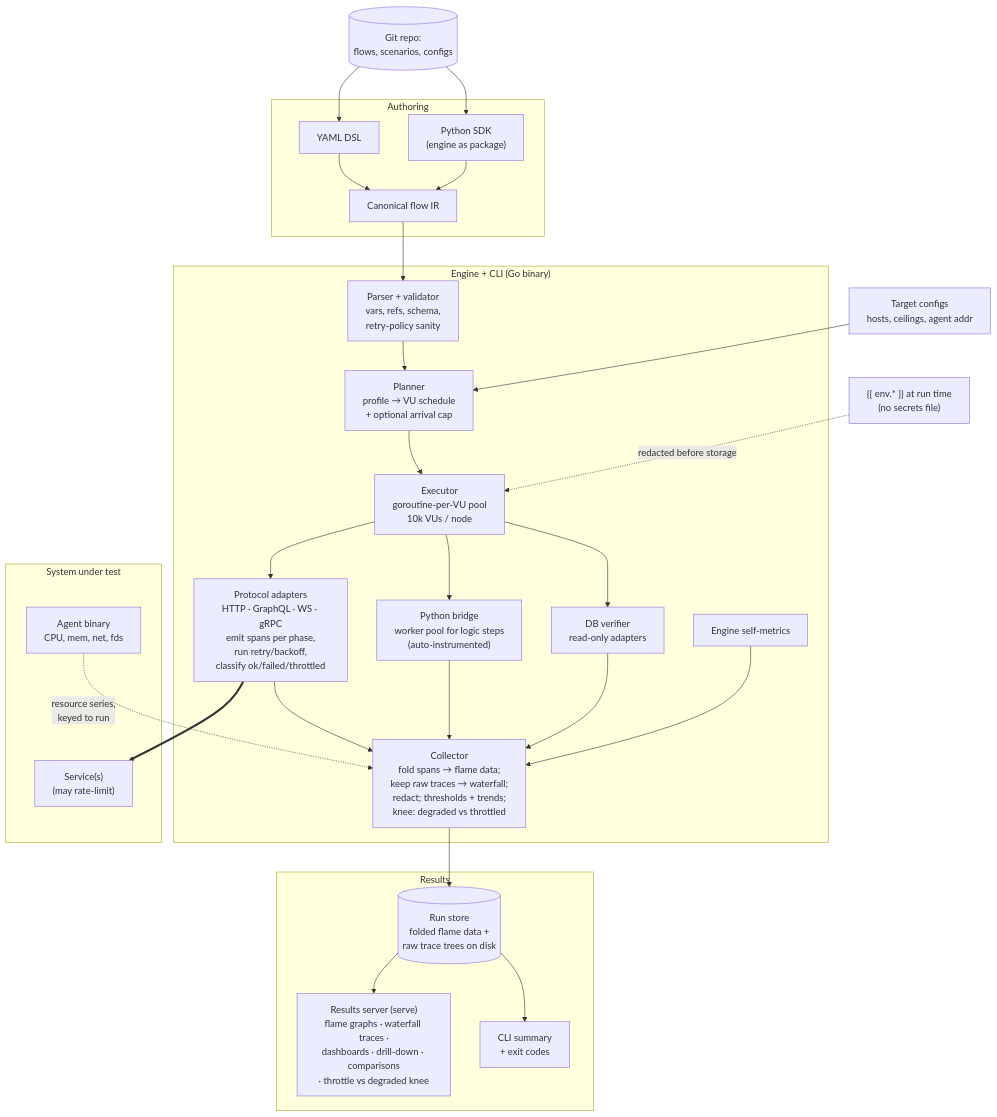
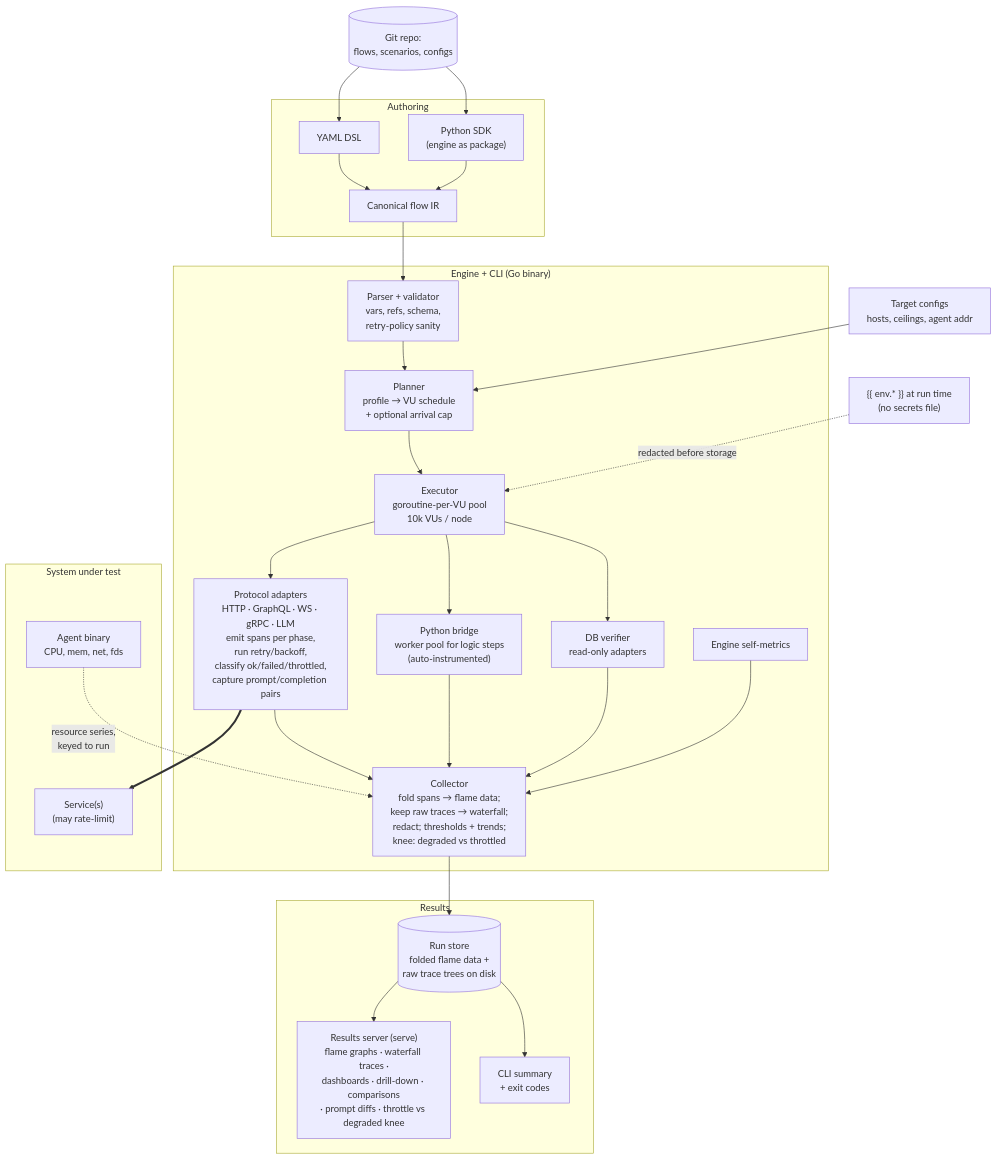
The third of 4 diagrams in docs/prd.md (blackprince001/flowbench), drawn with Mermaid before and after one commit. The commit also changed other lines of this file and 6 other files, not shown here.

````diff
--- a/docs/prd.md
+++ b/docs/prd.md
@@ -426,38 +486,38 @@
 ```mermaid
 graph TD
     subgraph Authoring
         Y["YAML DSL"] --> IR["Canonical flow IR"]
         PY["Python SDK<br/>(engine as package)"] --> IR
     end
 
     subgraph Engine["Engine + CLI (Go binary)"]
         IR --> V["Parser + validator<br/>vars, refs, schema,<br/>retry-policy sanity"]
         V --> PL["Planner<br/>profile → VU schedule<br/>+ optional arrival cap"]
         PL --> EX["Executor<br/>goroutine-per-VU pool<br/>10k VUs / node"]
-        EX --> AD["Protocol adapters<br/>HTTP · GraphQL · WS · gRPC<br/>emit spans per phase,<br/>run retry/backoff,<br/>classify ok/failed/throttled"]
+        EX --> AD["Protocol adapters<br/>HTTP · GraphQL · WS · gRPC · LLM<br/>emit spans per phase,<br/>run retry/backoff,<br/>classify ok/failed/throttled,<br/>capture prompt/completion pairs"]
         EX --> BR["Python bridge<br/>worker pool for logic steps<br/>(auto-instrumented)"]
         EX --> VF["DB verifier<br/>read-only adapters"]
         AD --> COL["Collector<br/>fold spans → flame data;<br/>keep raw traces → waterfall;<br/>redact; thresholds + trends;<br/>knee: degraded vs throttled"]
         BR --> COL
         VF --> COL
         SELF["Engine self-metrics"] --> COL
     end
 
     subgraph Target["System under test"]
         SUT["Service(s)<br/>(may rate-limit)"]
         AG["Agent binary<br/>CPU, mem, net, fds"]
     end
     AD ==> SUT
     AG -. "resource series,<br/>keyed to run" .-> COL
 
     subgraph Results
         COL --> ST[("Run store<br/>folded flame data +<br/>raw trace trees on disk")]
-        ST --> RS["Results server (serve)<br/>flame graphs · waterfall traces ·<br/>dashboards · drill-down · comparisons<br/>· throttle vs degraded knee"]
+        ST --> RS["Results server (serve)<br/>flame graphs · waterfall traces ·<br/>dashboards · drill-down · comparisons<br/>· prompt diffs · throttle vs degraded knee"]
         ST --> CLI["CLI summary<br/>+ exit codes"]
     end
 
     ENV["{{ env.* }} at run time<br/>(no secrets file)"] -. redacted before storage .-> EX
     TC["Target configs<br/>hosts, ceilings, agent addr"] --> PL
     GIT[("Git repo:<br/>flows, scenarios, configs")] --> Y
     GIT --> PY
 ```
````
